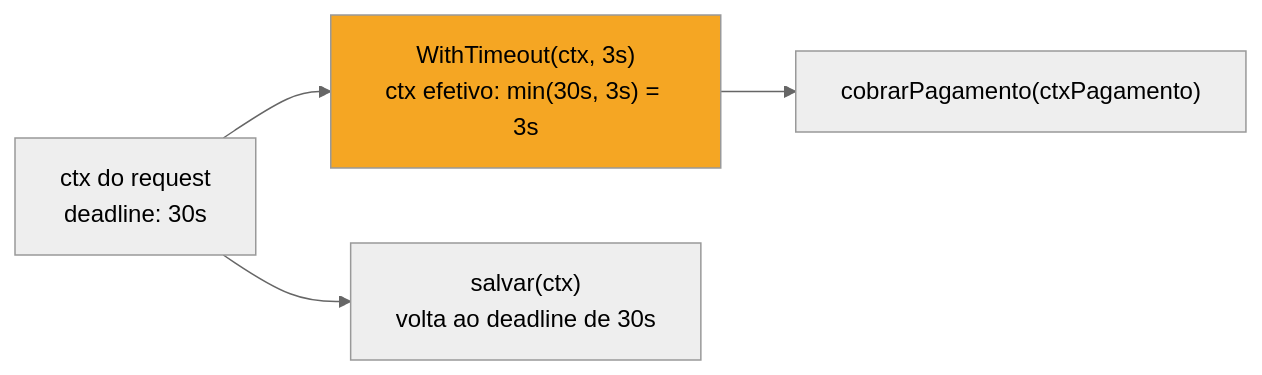
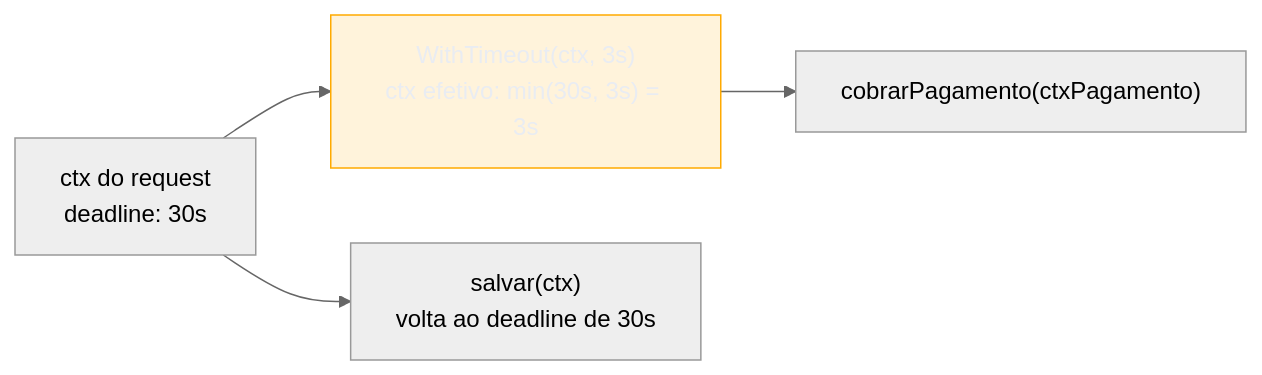
The fourth of 4 diagrams in 03-Dominios/Tecnologia/Go/09 - Sincronização e context/07 - Padrões de cancelamento e timeout.md (josenaldo/codex-technomanticus), drawn with Mermaid (neutral theme) before and after one commit. The commit also changed other lines of this file and 1181 other files, not shown here.

First line of the commit message:
fix(diagramas): paleta do sistema no lugar de cor cravada no markdown

````diff
--- a/03-Dominios/Tecnologia/Go/09 - Sincronização e context/07 - Padrões de cancelamento e timeout.md
+++ b/03-Dominios/Tecnologia/Go/09 - Sincronização e context/07 - Padrões de cancelamento e timeout.md
@@ -258,8 +260,9 @@
 ```mermaid
 flowchart LR
+    classDef destaque fill:#FFAA0024,stroke:#FFAA00,color:#E9ECF2
     A["ctx do request\ndeadline: 30s"] --> B["WithTimeout(ctx, 3s)\nctx efetivo: min(30s, 3s) = 3s"]
     B --> C["cobrarPagamento(ctxPagamento)"]
     A --> D["salvar(ctx)\nvolta ao deadline de 30s"]
 
-    style B fill:#F5A623,color:#000
+    class B destaque
 ```
````
